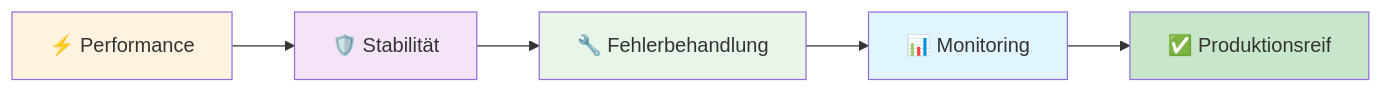
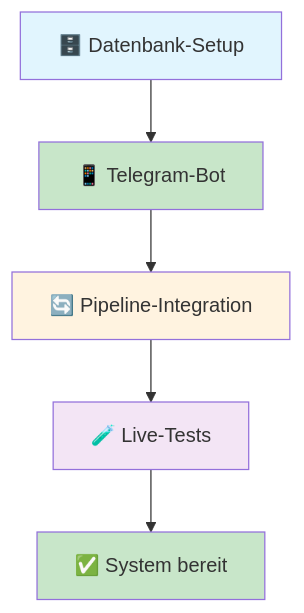
The fourth of 6 diagrams in usage/project_timeline.md (andreaseirich/auto-alert-pi-client-doc), drawn with Mermaid before and after one commit. The commit also changed other lines of this file, not shown here.

First line of the commit message:
docs(client): update project timeline to Phase 4g

````diff
--- a/usage/project_timeline.md
+++ b/usage/project_timeline.md
@@ -156,13 +176,13 @@
 ```mermaid
-graph LR
-    A[⚡ Performance] --> B[🛡️ Stabilität]
-    B --> C[🔧 Fehlerbehandlung]
-    C --> D[📊 Monitoring]
-    D --> E[✅ Produktionsreif]
+graph TD
+    A[🗄️ Datenbank-Setup] --> B[📱 Telegram-Bot]
+    B --> C[🔄 Pipeline-Integration]
+    C --> D[🧪 Live-Tests]
+    D --> E[✅ System bereit]
     
-    style A fill:#fff3e0
-    style B fill:#f3e5f5
-    style C fill:#e8f5e8
-    style D fill:#e1f5fe
+    style A fill:#e1f5fe
+    style B fill:#c8e6c9
+    style C fill:#fff3e0
+    style D fill:#f3e5f5
     style E fill:#c8e6c9
 ```
````
